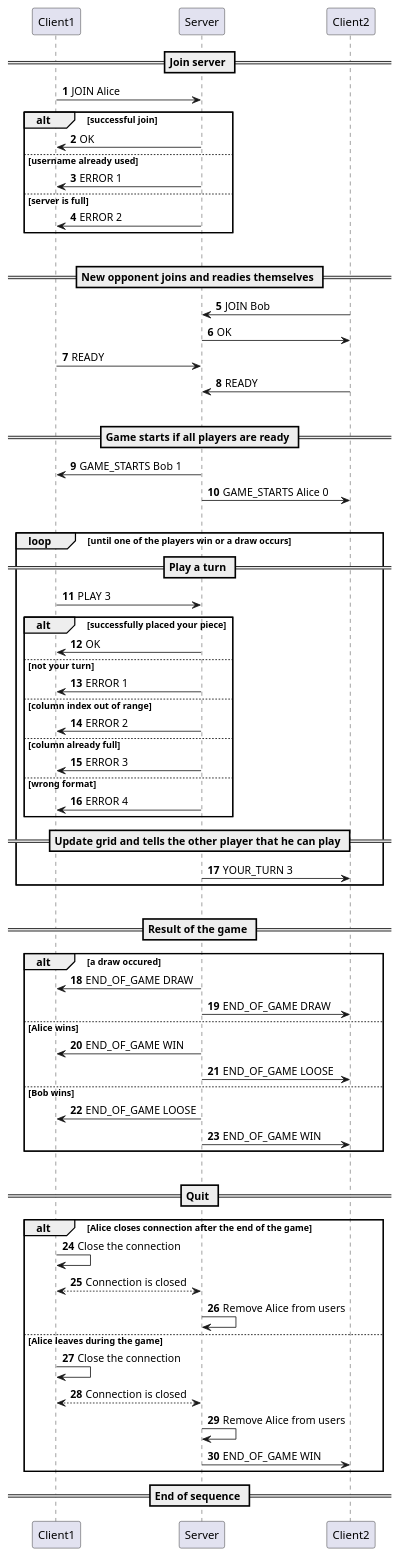
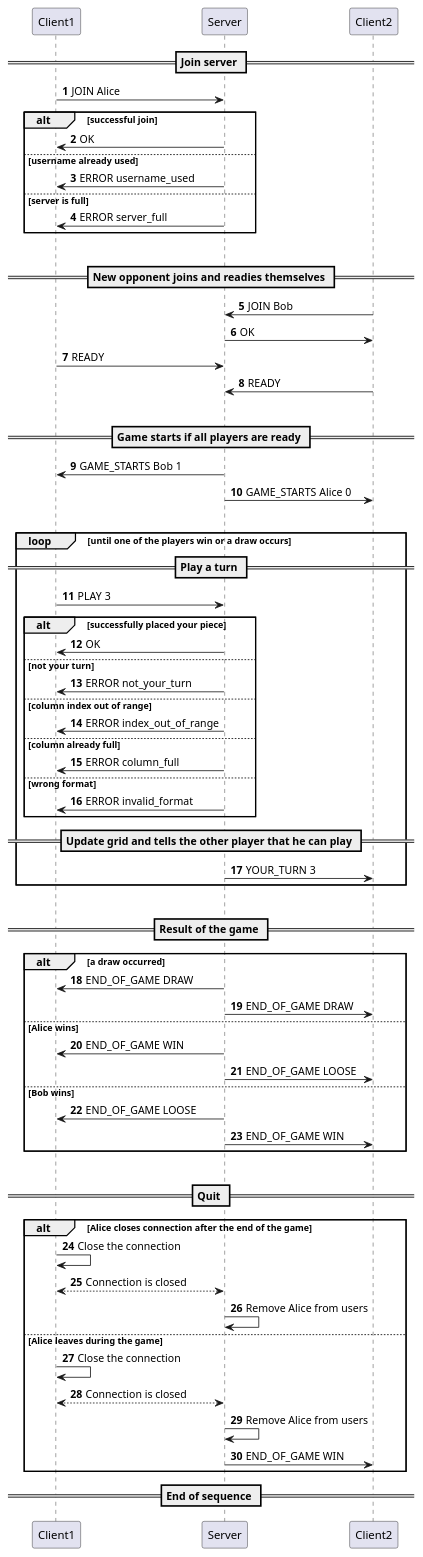
One commit to Tigid0u/connect-4 changed the diagram in docs/appProtocol/diag_protocol.puml. Above: the diagram before and after it, drawn with PlantUML. The commit also changed 1 other file, not shown here.

```diff
--- a/docs/appProtocol/diag_protocol.puml
+++ b/docs/appProtocol/diag_protocol.puml
@@ -1,121 +1,121 @@
 @startuml
 
 participant Client1
 participant Server
 participant Client2
 
 autonumber 1
 
 == Join server ==
 
 Client1 -> Server: JOIN Alice
 
 alt successful join
 
     Server -> Client1: OK
 
 else username already used
 
-    Server -> Client1: ERROR 1
+    Server -> Client1: ERROR username_used
 
 else server is full
 
-    Server -> Client1: ERROR 2
+    Server -> Client1: ERROR server_full
 
 end
 
 |||
 
 == New opponent joins and readies themselves ==
 
 Client2 -> Server: JOIN Bob
 Server -> Client2: OK
 
 Client1 -> Server: READY
 Client2 -> Server: READY
 
 |||
 
 == Game starts if all players are ready ==
 
 Server -> Client1: GAME_STARTS Bob 1
 Server -> Client2: GAME_STARTS Alice 0
 
 |||
 
 loop until one of the players win or a draw occurs
     == Play a turn ==
 
     Client1 -> Server: PLAY 3
 
     alt successfully placed your piece
 
         Server -> Client1: OK
 
     else not your turn
 
-        Server -> Client1: ERROR 1
+        Server -> Client1: ERROR not_your_turn
 
     else column index out of range
 
-        Server -> Client1: ERROR 2
+        Server -> Client1: ERROR index_out_of_range
 
     else column already full
 
-        Server -> Client1: ERROR 3
+        Server -> Client1: ERROR column_full
 
     else wrong format
 
-        Server -> Client1: ERROR 4
+        Server -> Client1: ERROR invalid_format
 
     end
 
     == Update grid and tells the other player that he can play ==
 
     Server -> Client2: YOUR_TURN 3
 
 end
 
 |||
 
 == Result of the game ==
 
-alt a draw occured
+alt a draw occurred
 
     Server -> Client1: END_OF_GAME DRAW
     Server -> Client2: END_OF_GAME DRAW
 
 else Alice wins
 
     Server -> Client1: END_OF_GAME WIN
     Server -> Client2: END_OF_GAME LOOSE
 
 else Bob wins
 
     Server -> Client1: END_OF_GAME LOOSE
     Server -> Client2: END_OF_GAME WIN
 
 end
 
 |||
 
 == Quit ==
 
 alt Alice closes connection after the end of the game
 
     Client1 -> Client1: Close the connection
     Client1 <--> Server: Connection is closed
     Server -> Server: Remove Alice from users
 
 else Alice leaves during the game
 
     Client1 -> Client1: Close the connection
     Client1 <--> Server: Connection is closed
     Server -> Server: Remove Alice from users
     Server -> Client2: END_OF_GAME WIN
 
 end
 
 == End of sequence ==
 
 @enduml
```
